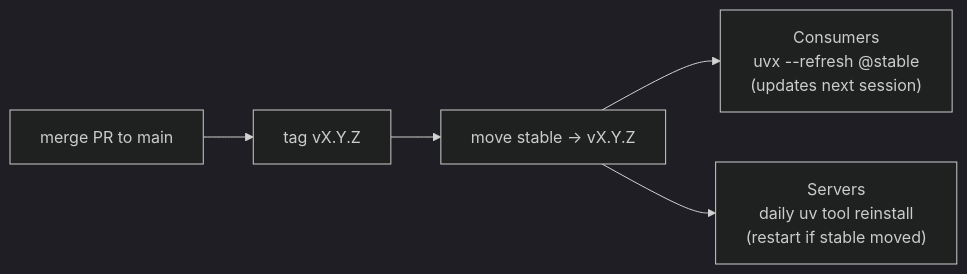
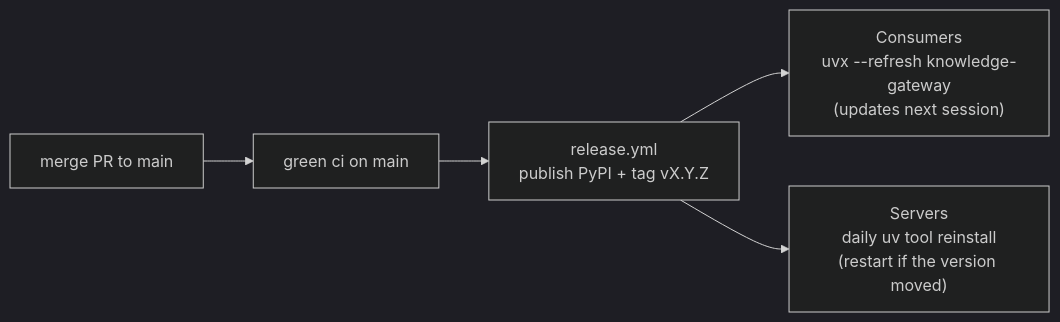
One commit to fszalaj/knowledge-gateway changed the second of 2 diagrams in README.md. Above: the diagram before and after it, drawn with Mermaid (dark theme). The commit also changed other lines of this file and 9 other files, not shown here.

Commit message:
release: distribute from PyPI, retire the stable branch

````diff
--- a/README.md
+++ b/README.md
@@ -63,7 +63,7 @@
 ```mermaid
 flowchart LR
-    PR[merge PR to main] --> TAG[tag vX.Y.Z]
-    TAG --> MV[move stable -> vX.Y.Z]
-    MV --> C["Consumers<br/>uvx --refresh @stable<br/>(updates next session)"]
-    MV --> S["Servers<br/>daily uv tool reinstall<br/>(restart if stable moved)"]
+    PR[merge PR to main] --> CI[green ci on main]
+    CI --> REL["release.yml<br/>publish PyPI + tag vX.Y.Z"]
+    REL --> C["Consumers<br/>uvx --refresh knowledge-gateway<br/>(updates next session)"]
+    REL --> S["Servers<br/>daily uv tool reinstall<br/>(restart if the version moved)"]
 ```
````
